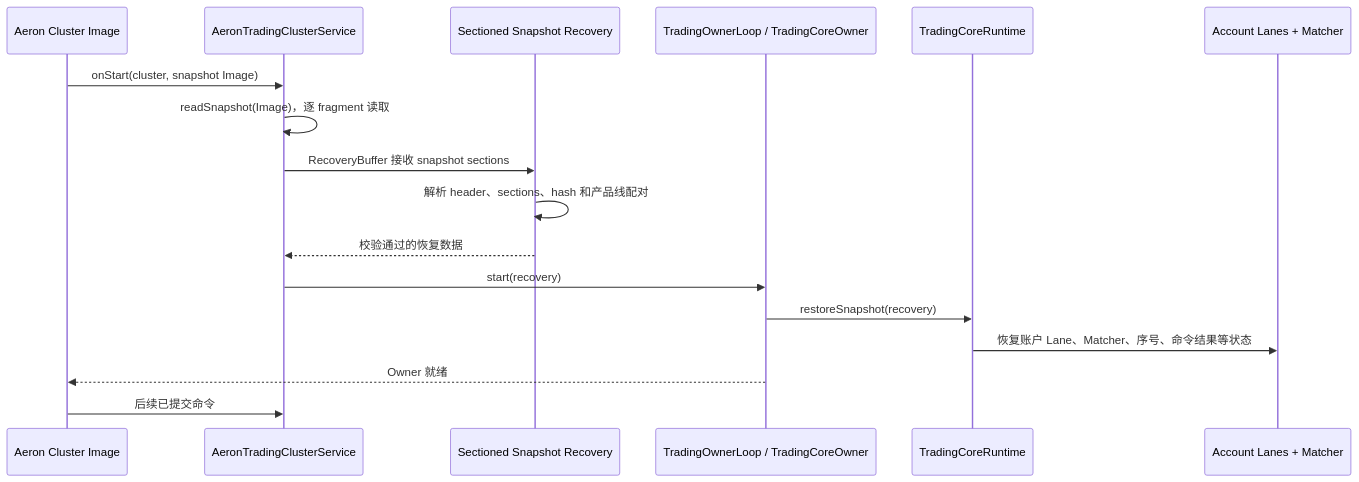
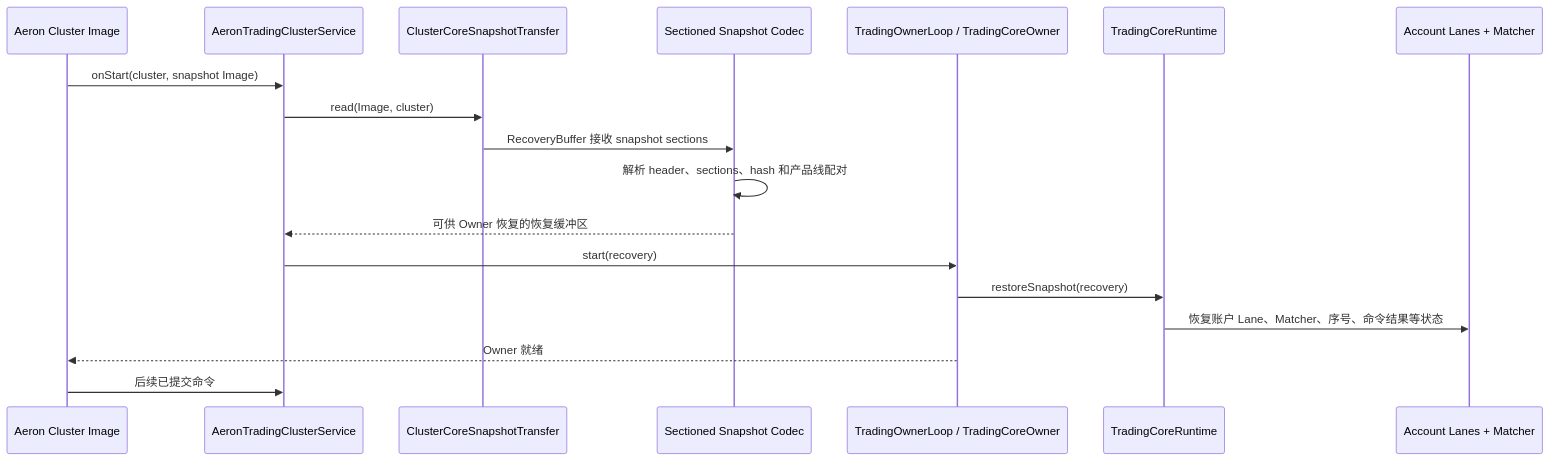
The fifth of 8 diagrams in docs/aeron-service-command-flow.md (lilaizhencn/surprising-ex), drawn with Mermaid before and after one commit. The commit also changed other lines of this file and 3 other files, not shown here.

Commit message:
Extract Aeron core snapshot transfer

````diff
--- a/docs/aeron-service-command-flow.md
+++ b/docs/aeron-service-command-flow.md
@@ -133,20 +133,21 @@
 ```mermaid
 sequenceDiagram
     participant Cluster as Aeron Cluster Image
     participant Service as AeronTradingClusterService
-    participant Codec as Sectioned Snapshot Recovery
+    participant Transfer as ClusterCoreSnapshotTransfer
+    participant Codec as Sectioned Snapshot Codec
     participant Owner as TradingOwnerLoop / TradingCoreOwner
     participant Runtime as TradingCoreRuntime
     participant Lanes as Account Lanes + Matcher
 
     Cluster->>Service: onStart(cluster, snapshot Image)
-    Service->>Service: readSnapshot(Image)，逐 fragment 读取
-    Service->>Codec: RecoveryBuffer 接收 snapshot sections
+    Service->>Transfer: read(Image, cluster)
+    Transfer->>Codec: RecoveryBuffer 接收 snapshot sections
     Codec->>Codec: 解析 header、sections、hash 和产品线配对
-    Codec-->>Service: 校验通过的恢复数据
+    Codec-->>Service: 可供 Owner 恢复的恢复缓冲区
     Service->>Owner: start(recovery)
     Owner->>Runtime: restoreSnapshot(recovery)
     Runtime->>Lanes: 恢复账户 Lane、Matcher、序号、命令结果等状态
     Owner-->>Cluster: Owner 就绪
     Cluster->>Service: 后续已提交命令
 ```
````
